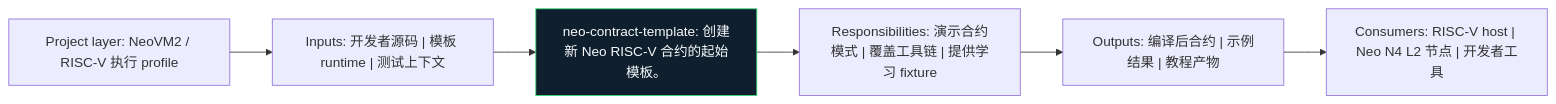
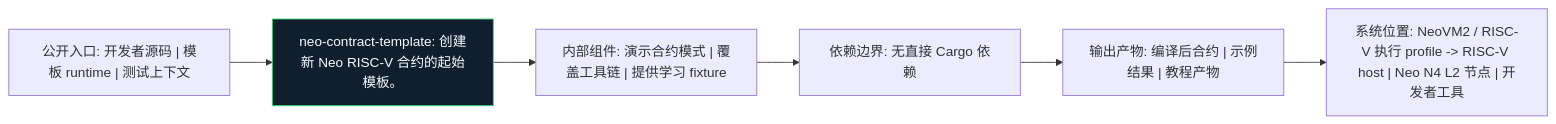
Before and after one commit to r3e-network/neo-riscv-vm: the diagram in templates/contract/docs/figures/architecture.zh.mmd, drawn with Mermaid. The commit also changed 207 other files, not shown here.

```diff
--- a/templates/contract/docs/figures/architecture.zh.mmd
+++ b/templates/contract/docs/figures/architecture.zh.mmd
@@ -1,14 +1,14 @@
 flowchart LR
-    N1["Project layer: NeoVM2 / RISC-V 执行 profile"]
-    N2["Inputs: 开发者源码 | 模板 runtime | 测试上下文"]
-    N3["neo-contract-template: 创建新 Neo RISC-V 合约的起始模板。"]
-    N4["Responsibilities: 演示合约模式 | 覆盖工具链 | 提供学习 fixture"]
-    N5["Outputs: 编译后合约 | 示例结果 | 教程产物"]
-    N6["Consumers: RISC-V host | Neo N4 L2 节点 | 开发者工具"]
+    N1["公开入口: 开发者源码 | 模板 runtime | 测试上下文"]
+    N2["neo-contract-template: 创建新 Neo RISC-V 合约的起始模板。"]
+    N3["内部组件: 演示合约模式 | 覆盖工具链 | 提供学习 fixture"]
+    N4["依赖边界: 无直接 Cargo 依赖"]
+    N5["输出产物: 编译后合约 | 示例结果 | 教程产物"]
+    N6["系统位置: NeoVM2 / RISC-V 执行 profile -> RISC-V host | Neo N4 L2 节点 | 开发者工具"]
     N1 --> N2
     N2 --> N3
     N3 --> N4
     N4 --> N5
     N5 --> N6
     classDef crate fill:#101f2d,stroke:#38d978,color:#f6fbff
-    class N3 crate
+    class N2 crate
```
